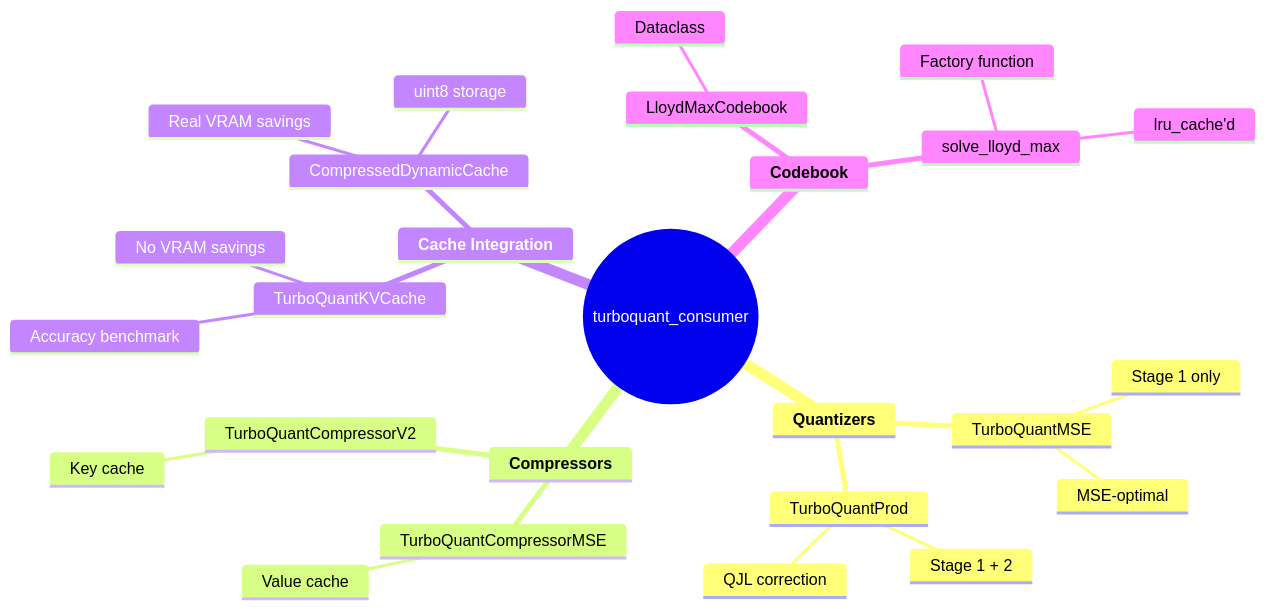
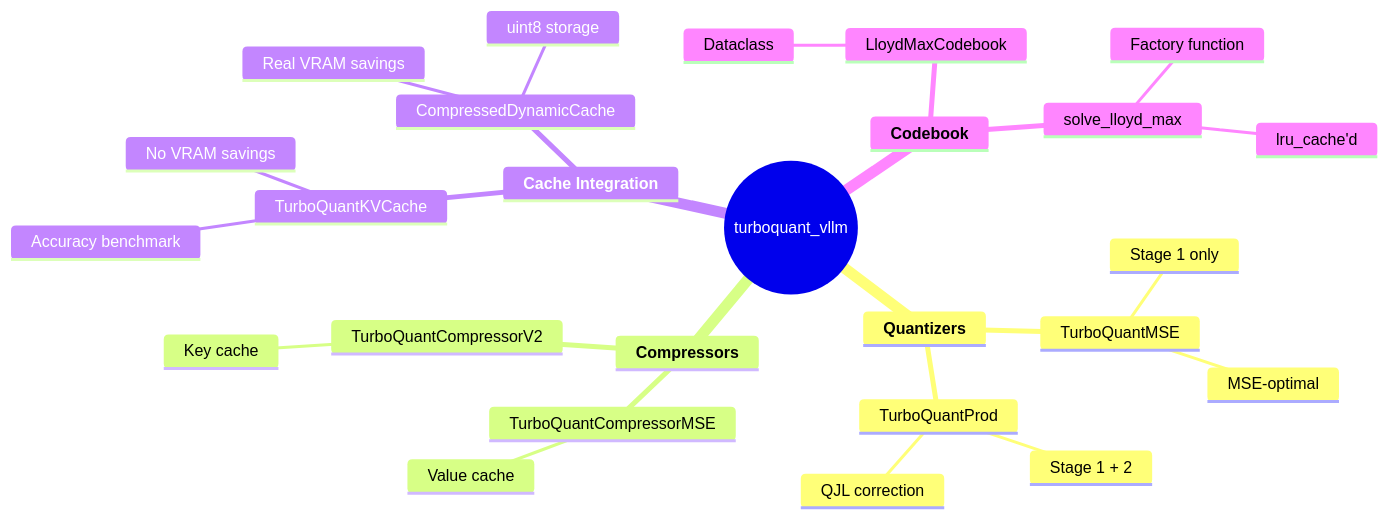
One commit to Alberto-Codes/turboquant-consumer changed the third of 16 diagrams in docs/ARCHITECTURE.md. Above: the diagram before and after it, drawn with Mermaid. The commit also changed other lines of this file and 19 other files, not shown here.

````diff
--- a/docs/ARCHITECTURE.md
+++ b/docs/ARCHITECTURE.md
@@ -100,29 +100,29 @@
 ```mermaid
 mindmap
-  root((turboquant_consumer))
+  root((turboquant_vllm))
     **Quantizers**
       TurboQuantMSE
         Stage 1 only
         MSE-optimal
       TurboQuantProd
         Stage 1 + 2
         QJL correction
     **Compressors**
       TurboQuantCompressorMSE
         Value cache
       TurboQuantCompressorV2
         Key cache
     **Cache Integration**
       TurboQuantKVCache
         Accuracy benchmark
         No VRAM savings
       CompressedDynamicCache
         Real VRAM savings
         uint8 storage
     **Codebook**
       LloydMaxCodebook
         Dataclass
       solve_lloyd_max
         Factory function
         lru_cache'd
 ```
````
